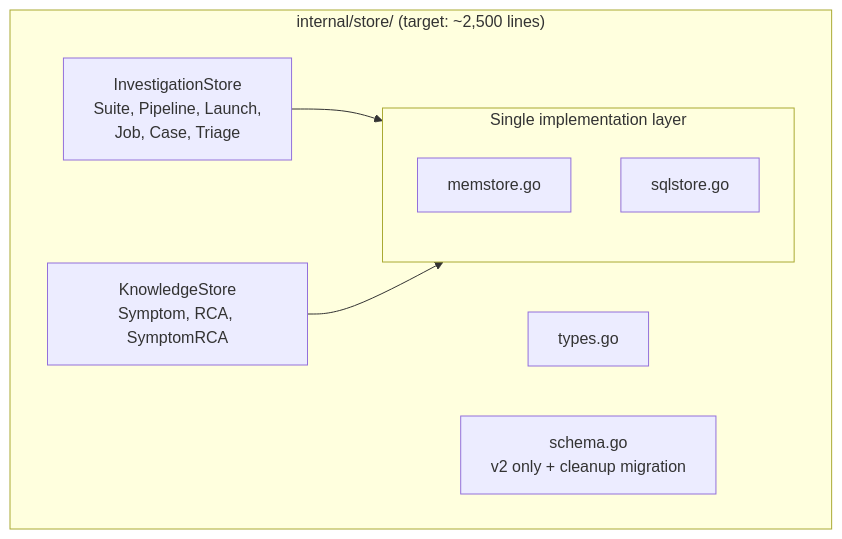
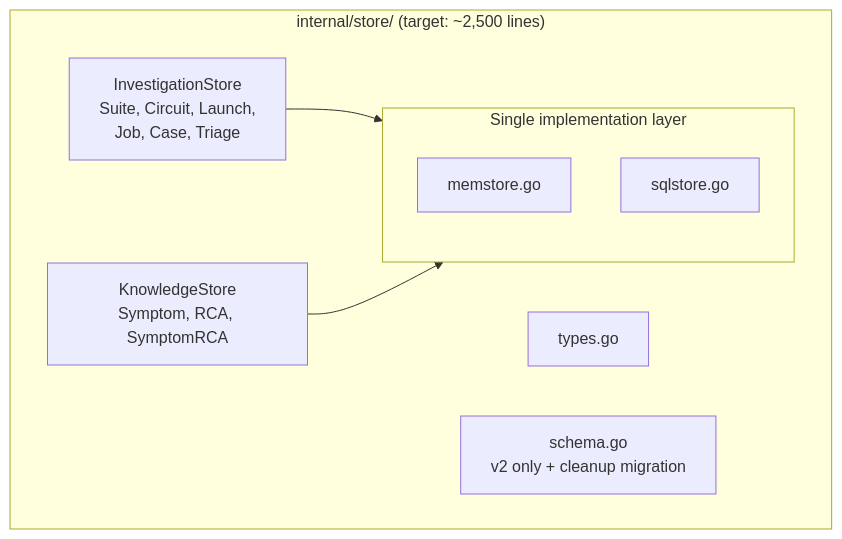
Before and after one commit to dpopsuev/asterisk: the second of 2 diagrams in .cursor/contracts/completed/architecture/investigate-pipeline-artifact-store.md, drawn with Mermaid. The commit also changed other lines of this file and 184 other files, not shown here.

First line of the commit message:
refactor: pipeline→circuit rename + rca-pure-dsl Phase 3-4 advance

````diff
--- a/.cursor/contracts/completed/architecture/investigate-pipeline-artifact-store.md
+++ b/.cursor/contracts/completed/architecture/investigate-pipeline-artifact-store.md
@@ -54,17 +54,17 @@
 ```mermaid
 flowchart TB
     subgraph store ["internal/store/ (target: ~2,500 lines)"]
-        iface_inv["InvestigationStore\nSuite, Pipeline, Launch,\nJob, Case, Triage"]
+        iface_inv["InvestigationStore\nSuite, Circuit, Launch,\nJob, Case, Triage"]
         iface_know["KnowledgeStore\nSymptom, RCA, SymptomRCA"]
         types["types.go"]
         schema["schema.go\nv2 only + cleanup migration"]
 
         subgraph impl ["Single implementation layer"]
             mem["memstore.go"]
             sql["sqlstore.go"]
         end
     end
 
     iface_inv --> impl
     iface_know --> impl
 ```
````
